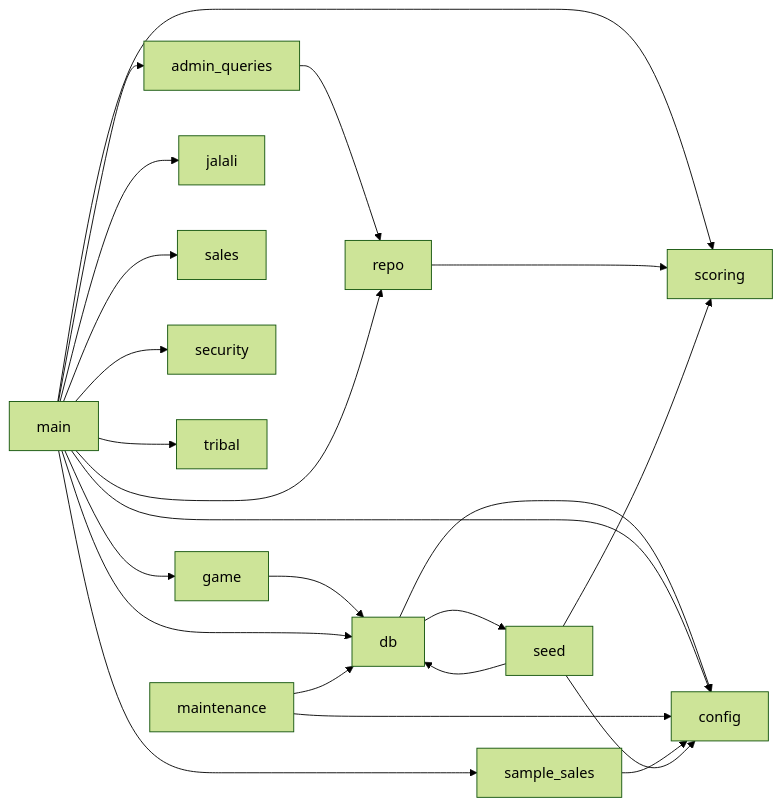
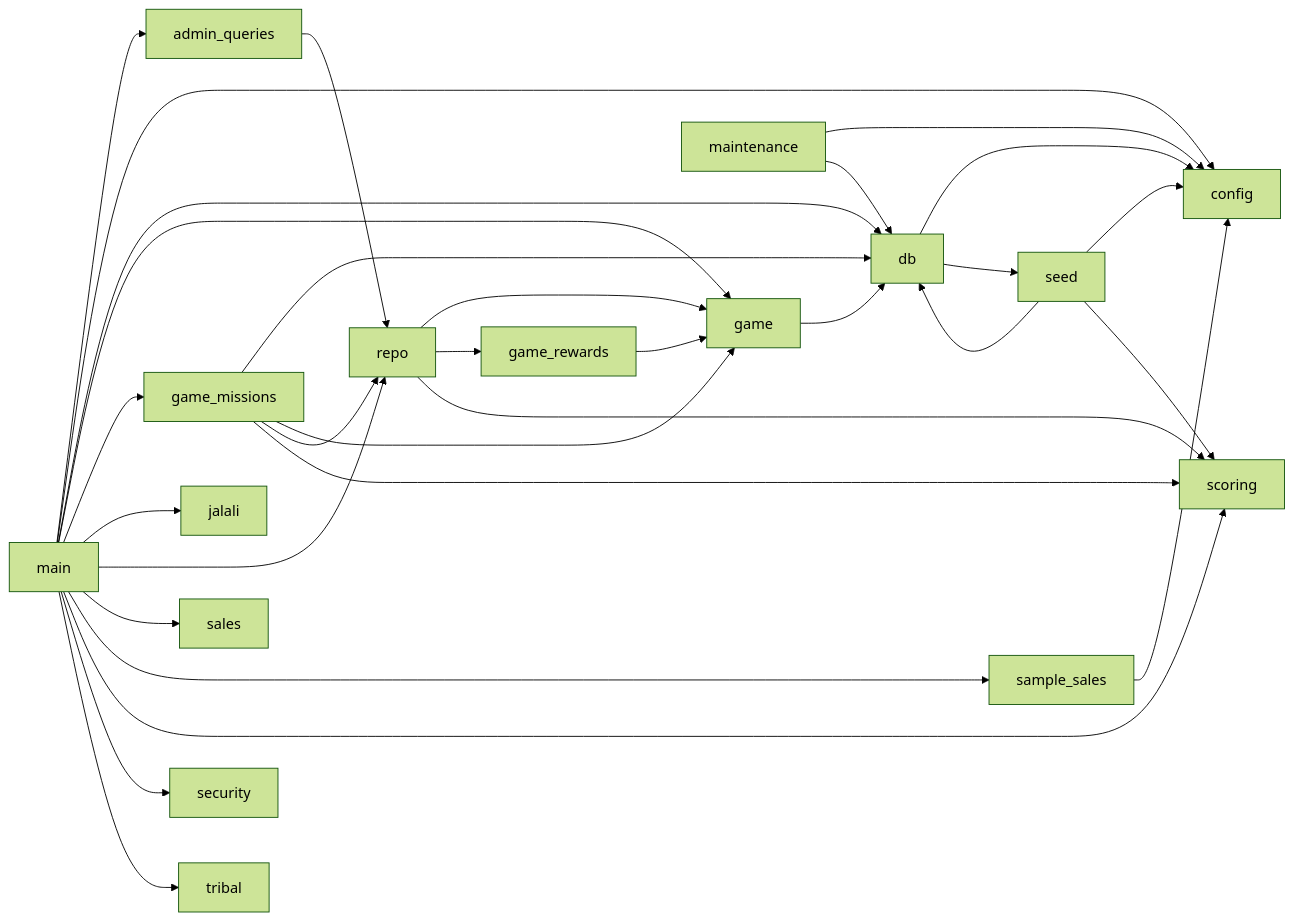
The diagram in docs/agent-guide/code-map.md (iciiex/comu-center), drawn with Mermaid (forest theme) before and after one commit. The commit also changed other lines of this file and 21 other files, not shown here.

First line of the commit message:
Unify admin missions with the Sales Quest game (API v2, D-009 PROPOSED)

````diff
--- a/docs/agent-guide/code-map.md
+++ b/docs/agent-guide/code-map.md
@@ -48,25 +50,33 @@
 ```mermaid
 graph LR
     admin_queries --> repo
     db --> config
     db --> seed
     game --> db
+    game_missions --> db
+    game_missions --> game
+    game_missions --> repo
+    game_missions --> scoring
+    game_rewards --> game
     main --> admin_queries
     main --> config
     main --> db
     main --> game
+    main --> game_missions
     main --> jalali
     main --> repo
     main --> sales
     main --> sample_sales
     main --> scoring
     main --> security
     main --> tribal
     maintenance --> config
     maintenance --> db
+    repo --> game
+    repo --> game_rewards
     repo --> scoring
     sample_sales --> config
     seed --> config
     seed --> db
     seed --> scoring
 ```
````
